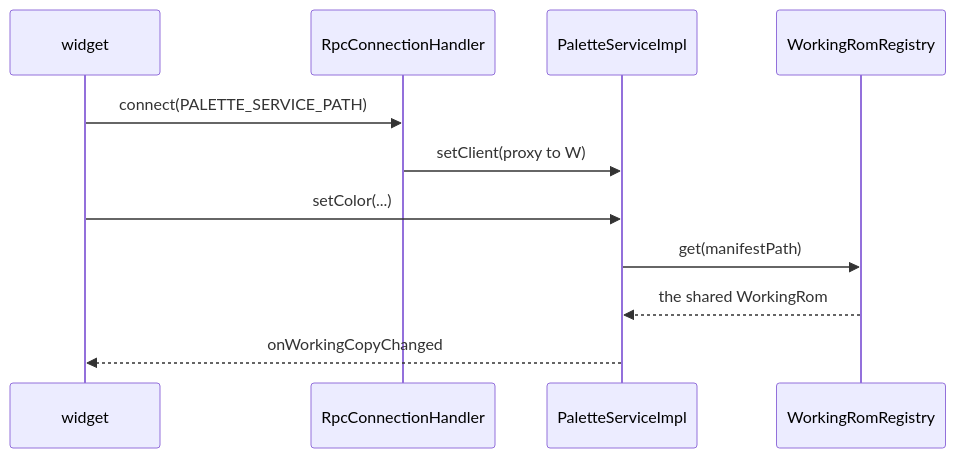
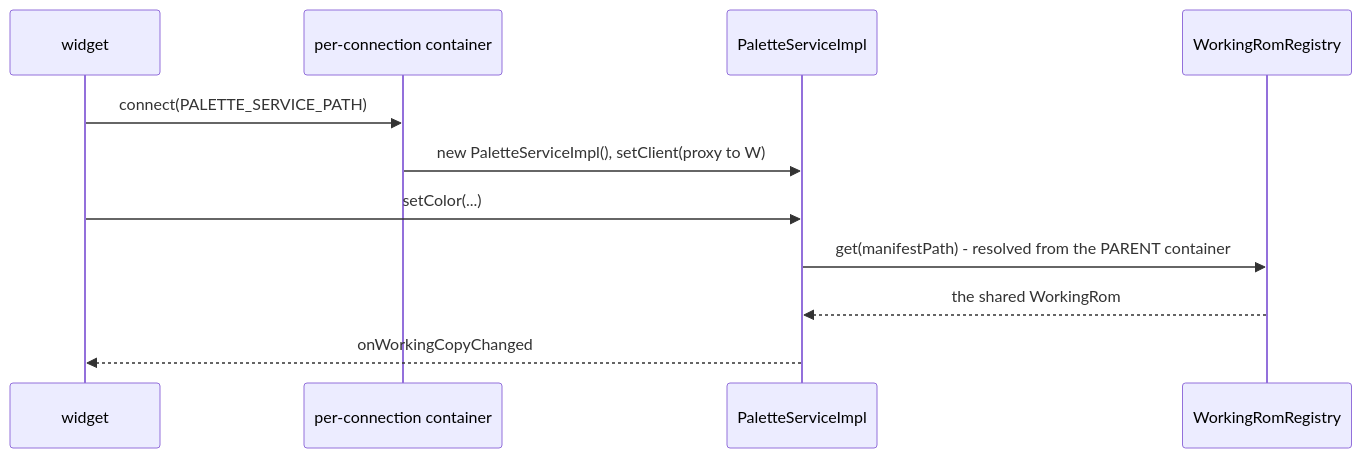
Before and after one commit to en-gen/hackbench: the second of 2 diagrams in docs/architecture/theia-shell.md, drawn with Mermaid. The commit also changed other lines of this file and 12 other files, not shown here.

First line of the commit message:
Backend services bound per connection, so every window gets its own push client (en-gen/hackbench-archive#497) (en-gen/hackbench-archive#564)

````diff
--- a/docs/architecture/theia-shell.md
+++ b/docs/architecture/theia-shell.md
@@ -79,14 +89,14 @@
 ```mermaid
 sequenceDiagram
     participant W as widget
-    participant H as RpcConnectionHandler
+    participant CC as per-connection container
     participant S as PaletteServiceImpl
     participant R as WorkingRomRegistry
 
-    W->>H: connect(PALETTE_SERVICE_PATH)
-    H->>S: setClient(proxy to W)
+    W->>CC: connect(PALETTE_SERVICE_PATH)
+    CC->>S: new PaletteServiceImpl(), setClient(proxy to W)
     W->>S: setColor(...)
-    S->>R: get(manifestPath)
+    S->>R: get(manifestPath) - resolved from the PARENT container
     R-->>S: the shared WorkingRom
     S-->>W: onWorkingCopyChanged
 ```
````
